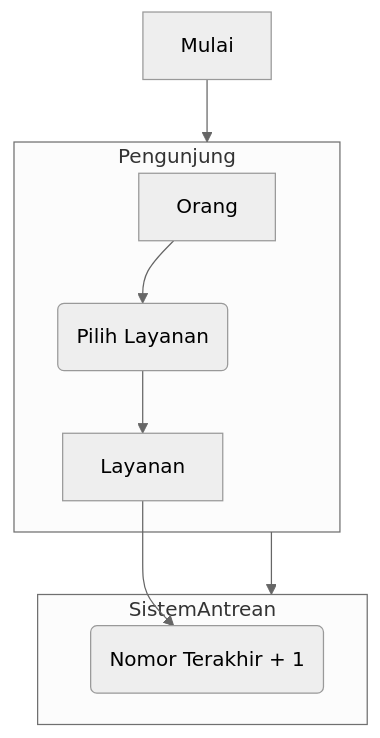
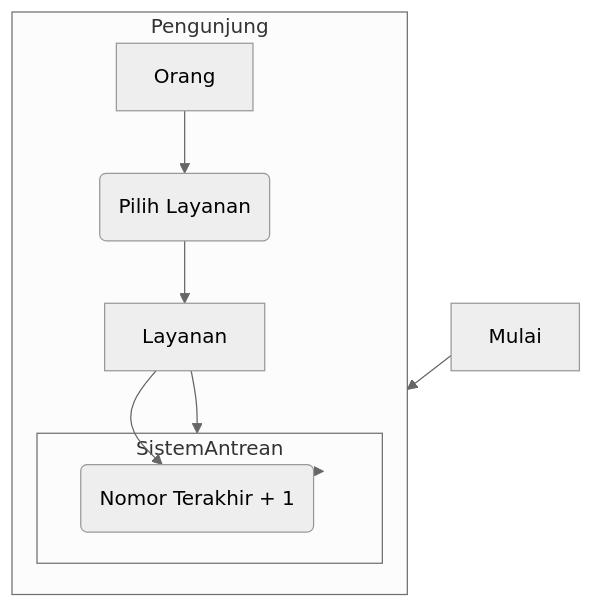
Before and after one commit to rezekikode/diagram: the diagram in flowchart_antrean.mmd, drawn with Mermaid (neutral theme).

```diff
--- a/flowchart_antrean.mmd
+++ b/flowchart_antrean.mmd
@@ -1,9 +1,9 @@
 flowchart TB
   Mulai-->Pengunjung
   Pengunjung-->SistemAntrean
   subgraph Pengunjung
-    Orang-->p1("`Pilih Layanan`")-->Layanan
+    Orang-->p1("`Pilih Layanan`")-->Layanan-->SistemAntrean
   end  
   subgraph SistemAntrean
     Layanan-->s1("`Nomor Terakhir + 1`")
   end
```
